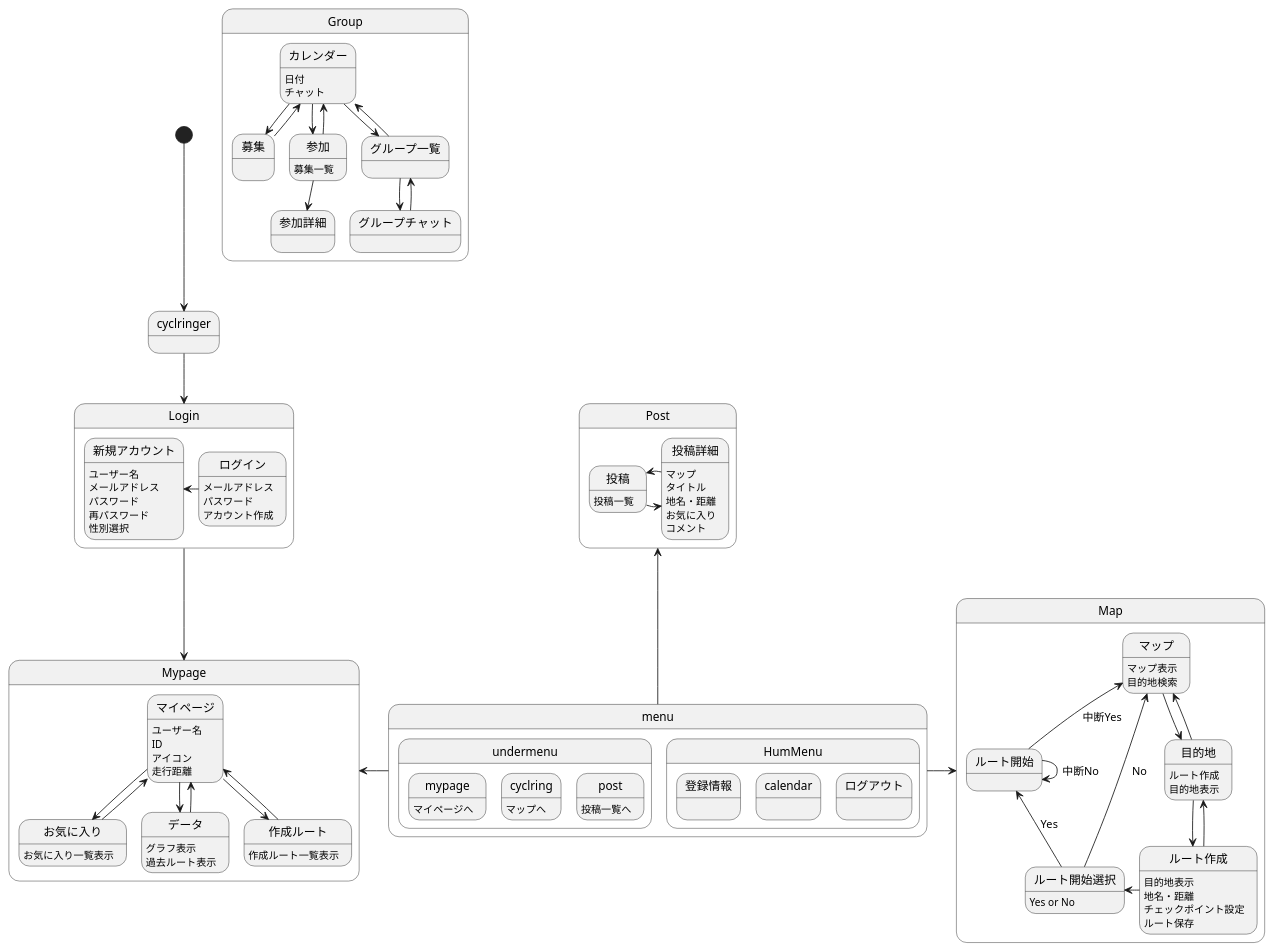
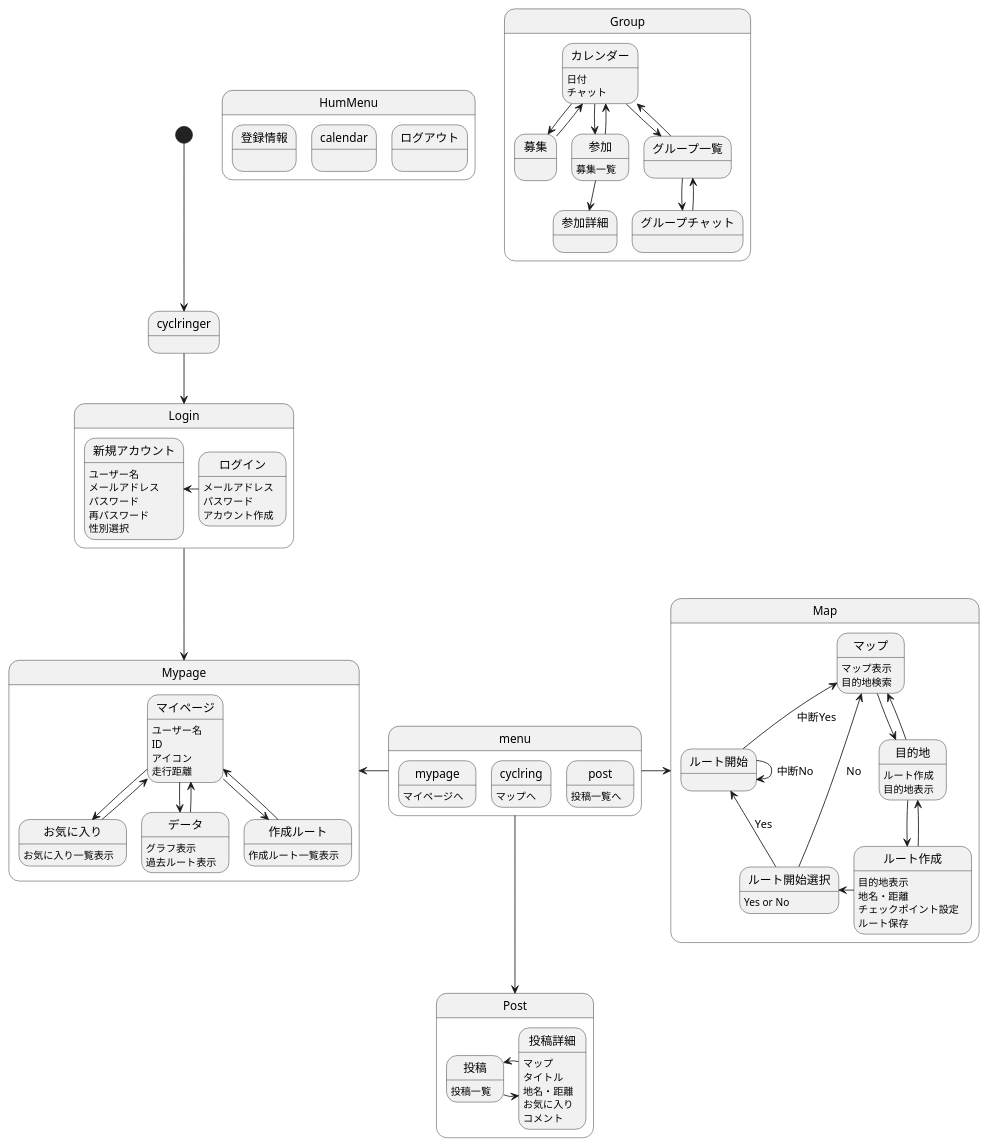
Before and after one commit to AsoSD3A3/CyclingSystem: the diagram in 画面遷移図/gm.md, drawn with PlantUML.

```diff
--- a/画面遷移図/gm.md
+++ b/画面遷移図/gm.md
@@ -4,7 +4,6 @@
 [*]-down->cyclringer
 
 state menu{
-state undermenu{
 mypage:マイページへ
 cyclring:マップへ
 post:投稿一覧へ
@@ -15,7 +14,7 @@
 calendar:
 ログアウト:
 }
-}
+
 state Group{
 カレンダー:日付
 カレンダー:チャット
@@ -35,7 +34,7 @@
 
 menu-left->Mypage
 menu-right->Map
-menu-up->Post
+menu-down->Post
 
 cyclringer-down->Login
 state Login{
```
